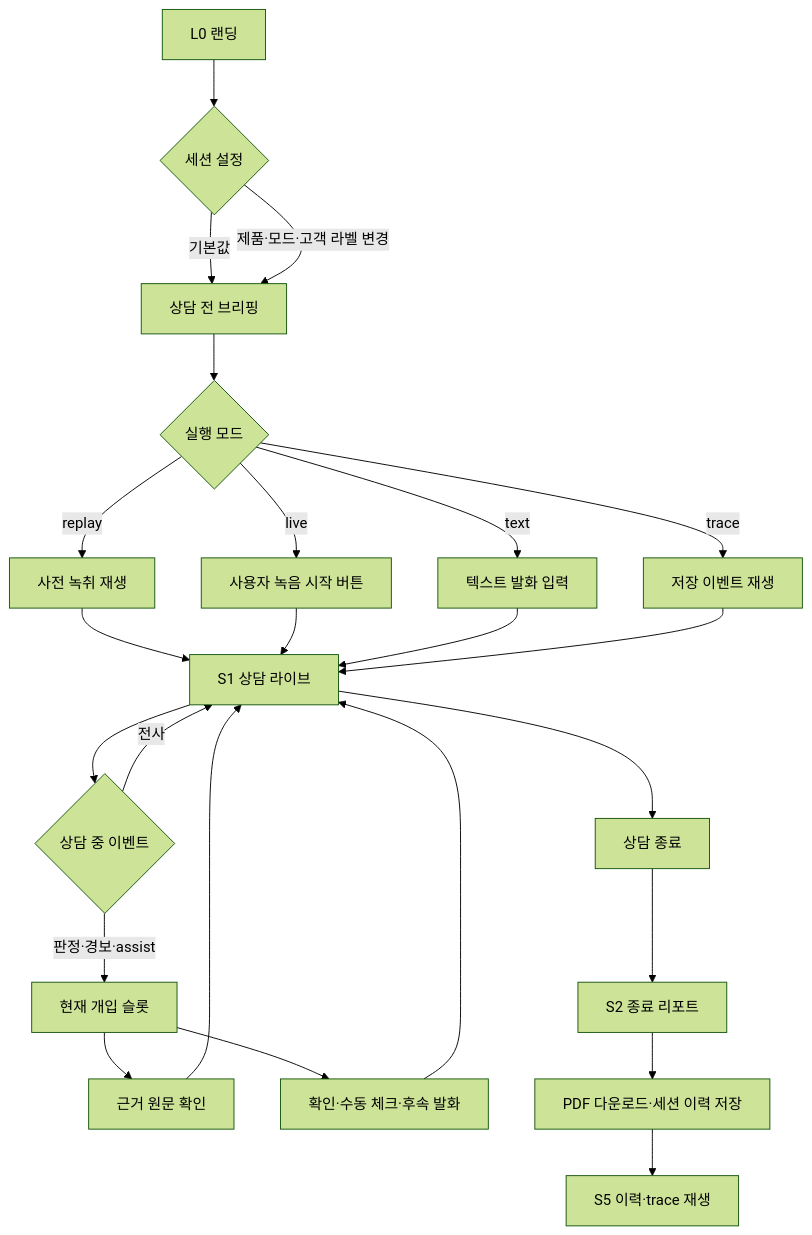
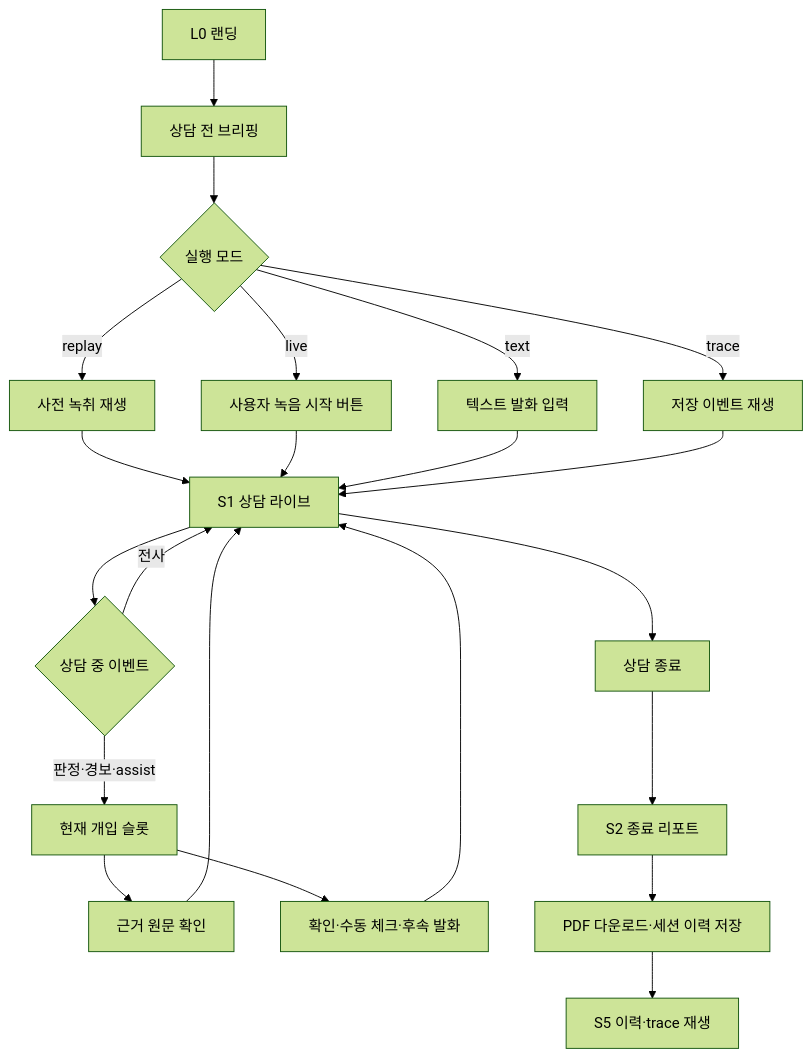
The diagram in front/PRODUCT_SCOPE_AND_USER_FLOWS.md (malhaemohae/malteum), drawn with Mermaid (forest theme) before and after one commit. The commit also changed other lines of this file and 46 other files, not shown here.

````diff
--- a/front/PRODUCT_SCOPE_AND_USER_FLOWS.md
+++ b/front/PRODUCT_SCOPE_AND_USER_FLOWS.md
@@ -522,26 +516,24 @@
 ```mermaid
 flowchart TD
-  A[L0 랜딩] --> B{세션 설정}
-  B -->|기본값| C[상담 전 브리핑]
-  B -->|제품·모드·고객 라벨 변경| C
+  A[L0 랜딩] --> C[상담 전 브리핑]
   C --> D{실행 모드}
   D -->|replay| E[사전 녹취 재생]
   D -->|live| F[사용자 녹음 시작 버튼]
   D -->|text| G[텍스트 발화 입력]
   D -->|trace| H[저장 이벤트 재생]
   E --> I[S1 상담 라이브]
   F --> I
   G --> I
   H --> I
   I --> J{상담 중 이벤트}
   J -->|전사| I
   J -->|판정·경보·assist| K[현재 개입 슬롯]
   K --> L[근거 원문 확인]
   K --> M[확인·수동 체크·후속 발화]
   L --> I
   M --> I
   I --> N[상담 종료]
   N --> O[S2 종료 리포트]
   O --> P[PDF 다운로드·세션 이력 저장]
   P --> Q[S5 이력·trace 재생]
 ```
````
